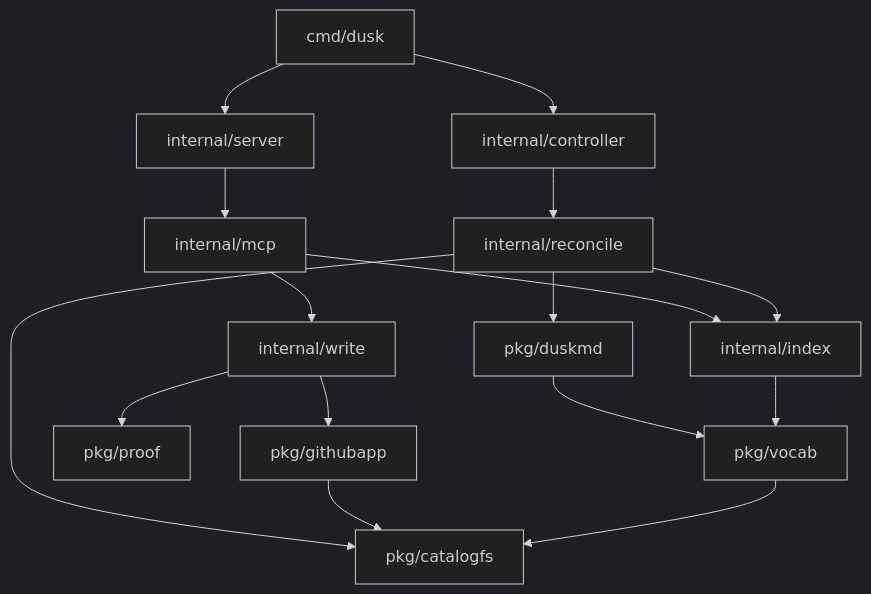
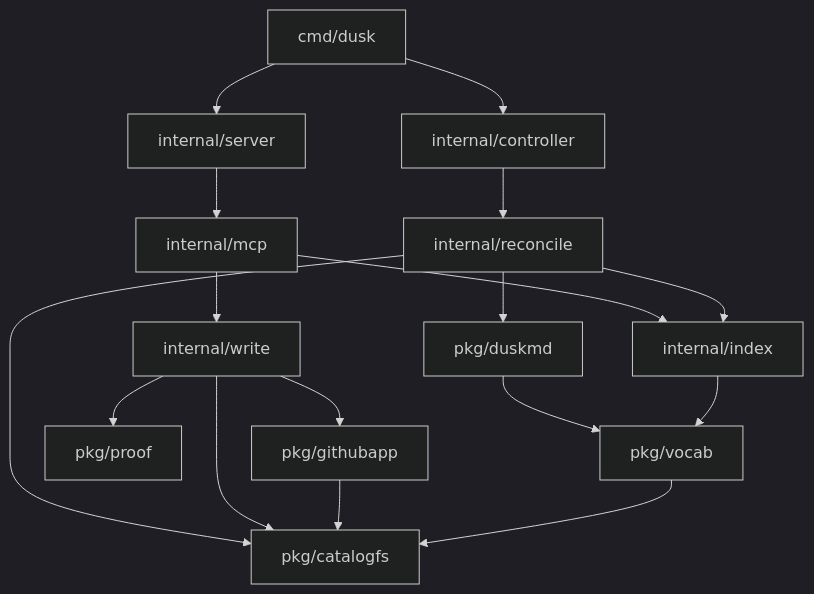
Before and after one commit to NerdsWhoFish/dusk: the diagram in docs/packages.md, drawn with Mermaid (dark theme). The commit also changed other lines of this file and 5 other files, not shown here.

````diff
--- a/docs/packages.md
+++ b/docs/packages.md
@@ -26,18 +26,19 @@
 ```mermaid
 graph TD
   CMD["cmd/dusk"] --> SRV["internal/server"]
   CMD --> CTL["internal/controller"]
   SRV --> MCP["internal/mcp"]
   CTL --> REC["internal/reconcile"]
   MCP --> IDX["internal/index"]
   MCP --> WRI["internal/write"]
   REC --> IDX
   REC --> CFS["pkg/catalogfs"]
   REC --> MD["pkg/duskmd"]
   WRI --> GH["pkg/githubapp"]
   WRI --> PRF["pkg/proof"]
+  WRI --> CFS
   GH --> CFS
   MD --> VOC["pkg/vocab"]
   IDX --> VOC
   VOC --> CFS
 ```
````
